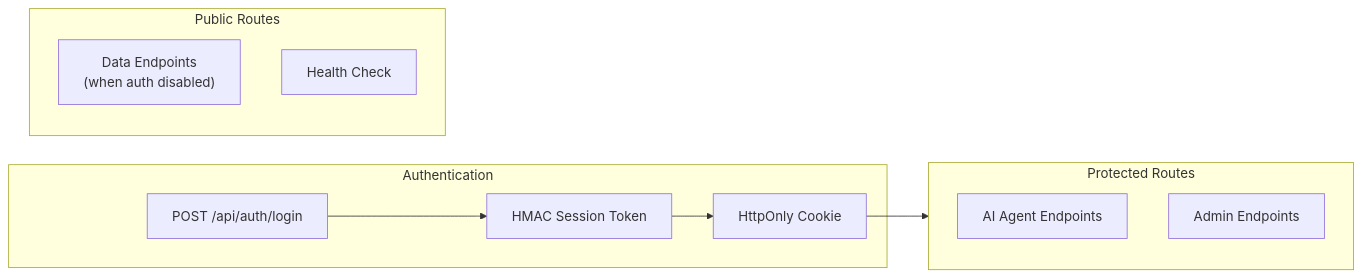
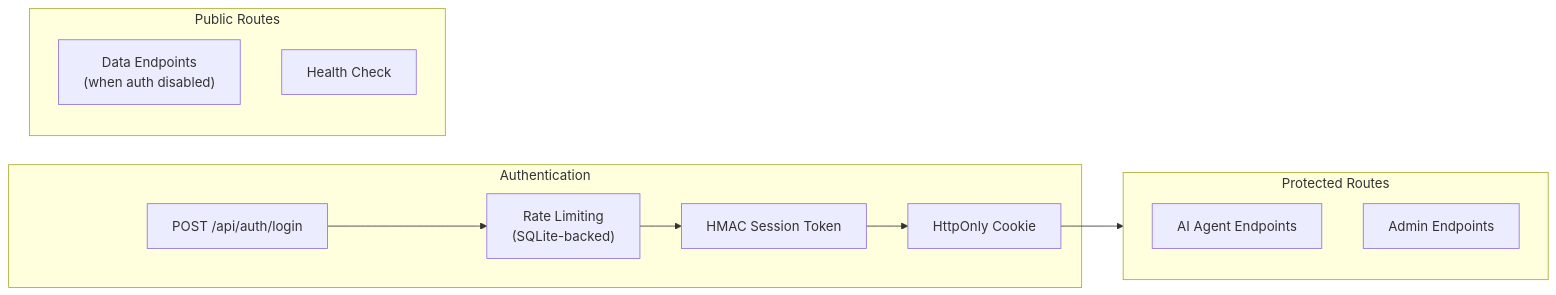
One commit to XUranus/ibkr-dash changed the seventh of 7 diagrams in docs/docs/architecture/overview.md. Above: the diagram before and after it, drawn with Mermaid. The commit also changed other lines of this file and 152 other files, not shown here.

````diff
--- a/docs/docs/architecture/overview.md
+++ b/docs/docs/architecture/overview.md
@@ -569,22 +564,24 @@
 ```mermaid
 graph LR
     subgraph Auth ["Authentication"]
         Login["POST /api/auth/login"]
         Session["HMAC Session Token"]
         Cookie["HttpOnly Cookie"]
+        RateLimit["Rate Limiting<br/>(SQLite-backed)"]
     end
 
     subgraph Protected ["Protected Routes"]
         AI["AI Agent Endpoints"]
         Admin["Admin Endpoints"]
     end
 
     subgraph Public ["Public Routes"]
         Data["Data Endpoints<br/>(when auth disabled)"]
         Health["Health Check"]
     end
 
-    Login --> Session
+    Login --> RateLimit
+    RateLimit --> Session
     Session --> Cookie
     Cookie --> Protected
 ```
````
